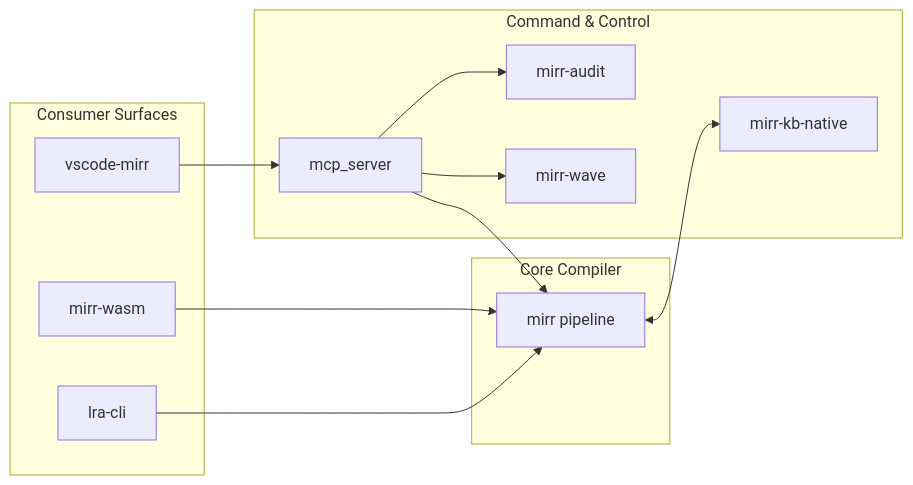
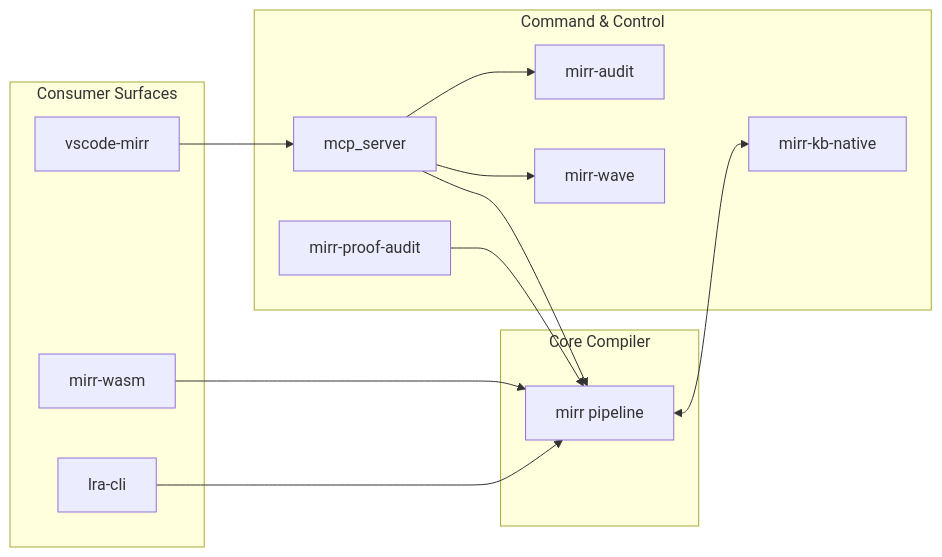
The second of 2 diagrams in docs/ARCHITECTURE.md (brandonfromph/mirr-project), drawn with Mermaid before and after one commit. The commit also changed other lines of this file and 215 other files, not shown here.

````diff
--- a/docs/ARCHITECTURE.md
+++ b/docs/ARCHITECTURE.md
@@ -109,27 +113,29 @@
 ```mermaid
 flowchart LR
     subgraph Core[Core Compiler]
         Pipeline[mirr pipeline]
     end
 
     subgraph ControlPlane[Command & Control]
         MCP[mcp_server]
         KB[mirr-kb-native]
         Audit[mirr-audit]
         Wave[mirr-wave]
+        ProofAudit[mirr-proof-audit]
     end
 
     subgraph Consumers[Consumer Surfaces]
         WASM[mirr-wasm]
         LRA[lra-cli]
         VSCode[vscode-mirr]
     end
 
     Pipeline <--> KB
     MCP --> Pipeline
     MCP --> Audit
     MCP --> Wave
+    ProofAudit --> Pipeline
     WASM --> Pipeline
     LRA --> Pipeline
     VSCode --> MCP
 ```
````
